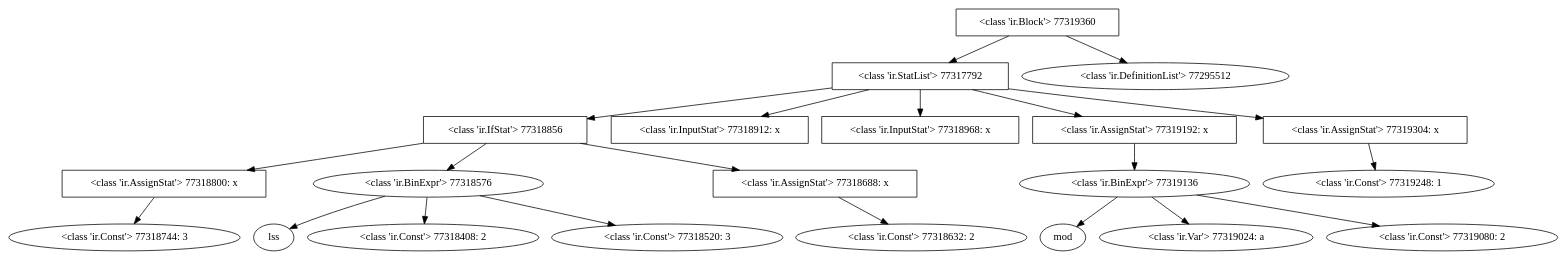
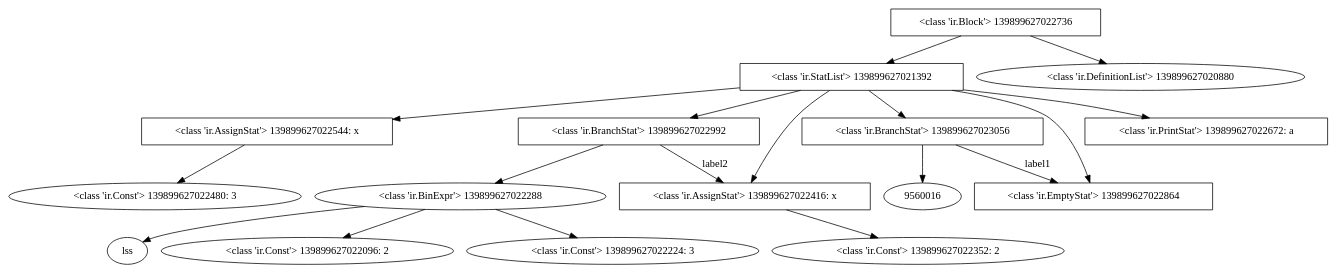
Before and after one commit to AloveIs/COT_lab: the diagram in log.dot, drawn with Graphviz. The commit also changed 6 other files, not shown here.

```diff
--- a/log.dot
+++ b/log.dot
@@ -1,43 +1,34 @@
 digraph G {
-77319360 [shape=box,label="<class 'ir.Block'> 77319360" ];
-77319360 -> 77317792;
-77319360 -> 77295512;
-77317792 [shape=box,label="<class 'ir.StatList'> 77317792" ];
-77317792 -> 77318856 [pos=0];
-77317792 -> 77318912 [pos=1];
-77317792 -> 77318968 [pos=2];
-77317792 -> 77319192 [pos=3];
-77317792 -> 77319304 [pos=4];
-77318856 [shape=box,label="<class 'ir.IfStat'> 77318856" ];
-77318856 -> 77318800;
-77318856 -> 77318576;
-77318856 -> 77318688;
-77318800 [shape=box,label="<class 'ir.AssignStat'> 77318800: x" ];
-77318800 -> 77318744;
-77318744 [label="<class 'ir.Const'> 77318744: 3" ];
-77318576 [label="<class 'ir.BinExpr'> 77318576" ];
-77318576 -> 77383080 [pos=0];
-77383080 [label=lss];
-77318576 -> 77318408 [pos=1];
-77318576 -> 77318520 [pos=2];
-77318408 [label="<class 'ir.Const'> 77318408: 2" ];
-77318520 [label="<class 'ir.Const'> 77318520: 3" ];
-77318688 [shape=box,label="<class 'ir.AssignStat'> 77318688: x" ];
-77318688 -> 77318632;
-77318632 [label="<class 'ir.Const'> 77318632: 2" ];
-77318912 [shape=box,label="<class 'ir.InputStat'> 77318912: x" ];
-77318968 [shape=box,label="<class 'ir.InputStat'> 77318968: x" ];
-77319192 [shape=box,label="<class 'ir.AssignStat'> 77319192: x" ];
-77319192 -> 77319136;
-77319136 [label="<class 'ir.BinExpr'> 77319136" ];
-77319136 -> 76482200 [pos=0];
-76482200 [label=mod];
-77319136 -> 77319024 [pos=1];
-77319136 -> 77319080 [pos=2];
-77319024 [label="<class 'ir.Var'> 77319024: a" ];
-77319080 [label="<class 'ir.Const'> 77319080: 2" ];
-77319304 [shape=box,label="<class 'ir.AssignStat'> 77319304: x" ];
-77319304 -> 77319248;
-77319248 [label="<class 'ir.Const'> 77319248: 1" ];
-77295512 [label="<class 'ir.DefinitionList'> 77295512" ];
+139899627022736 [shape=box,label="<class 'ir.Block'> 139899627022736" ];
+139899627022736 -> 139899627021392;
+139899627022736 -> 139899627020880;
+139899627021392 [shape=box,label="<class 'ir.StatList'> 139899627021392" ];
+139899627021392 -> 139899627022992 [pos=0];
+139899627021392 -> 139899627022544 [pos=1];
+139899627021392 -> 139899627023056 [pos=2];
+139899627021392 -> 139899627022416 [pos=3];
+139899627021392 -> 139899627022864 [pos=4];
+139899627021392 -> 139899627022672 [pos=5];
+139899627022992 [shape=box,label="<class 'ir.BranchStat'> 139899627022992" ];
+139899627022992 -> 139899627022288;
+139899627022992 -> 139899627022416 [label=label2];
+139899627022288 [label="<class 'ir.BinExpr'> 139899627022288" ];
+139899627022288 -> 139899627109752 [pos=0];
+139899627109752 [label=lss];
+139899627022288 -> 139899627022096 [pos=1];
+139899627022288 -> 139899627022224 [pos=2];
+139899627022096 [label="<class 'ir.Const'> 139899627022096: 2" ];
+139899627022224 [label="<class 'ir.Const'> 139899627022224: 3" ];
+139899627022544 [shape=box,label="<class 'ir.AssignStat'> 139899627022544: x" ];
+139899627022544 -> 139899627022480;
+139899627022480 [label="<class 'ir.Const'> 139899627022480: 3" ];
+139899627023056 [shape=box,label="<class 'ir.BranchStat'> 139899627023056" ];
+139899627023056 -> 9560016;
+139899627023056 -> 139899627022864 [label=label1];
+139899627022416 [shape=box,label="<class 'ir.AssignStat'> 139899627022416: x" ];
+139899627022416 -> 139899627022352;
+139899627022352 [label="<class 'ir.Const'> 139899627022352: 2" ];
+139899627022864 [shape=box,label="<class 'ir.EmptyStat'> 139899627022864" ];
+139899627022672 [shape=box,label="<class 'ir.PrintStat'> 139899627022672: a" ];
+139899627020880 [label="<class 'ir.DefinitionList'> 139899627020880" ];
 }
```
